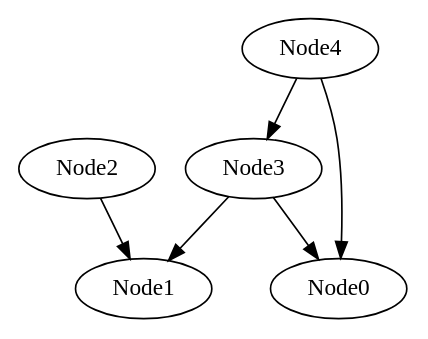
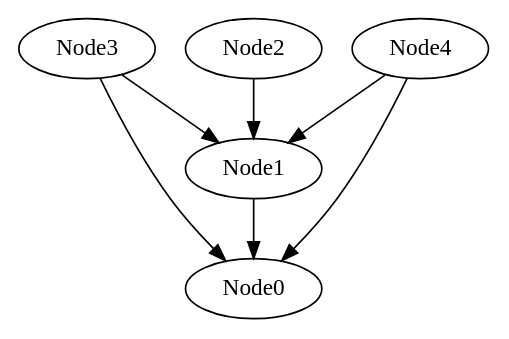
One commit to zephyr06/DAG_NLP changed the diagram in Visualize/currGraph.gv. Above: the diagram before and after it, drawn with Graphviz. The commit also changed 7 other files, not shown here.

```diff
--- a/Visualize/currGraph.gv
+++ b/Visualize/currGraph.gv
@@ -1,18 +1,20 @@
 // The Round Table
 digraph {
 	Node0
 	Node1
 	Node2
 	Node3
 	Node4
 	Node2 -> Node1
 
 	Node4 -> Node0
 
-	Node4 -> Node3
+	Node4 -> Node1
 
 	Node3 -> Node0
 
 	Node3 -> Node1
 
+	Node1 -> Node0
+
 }
```
